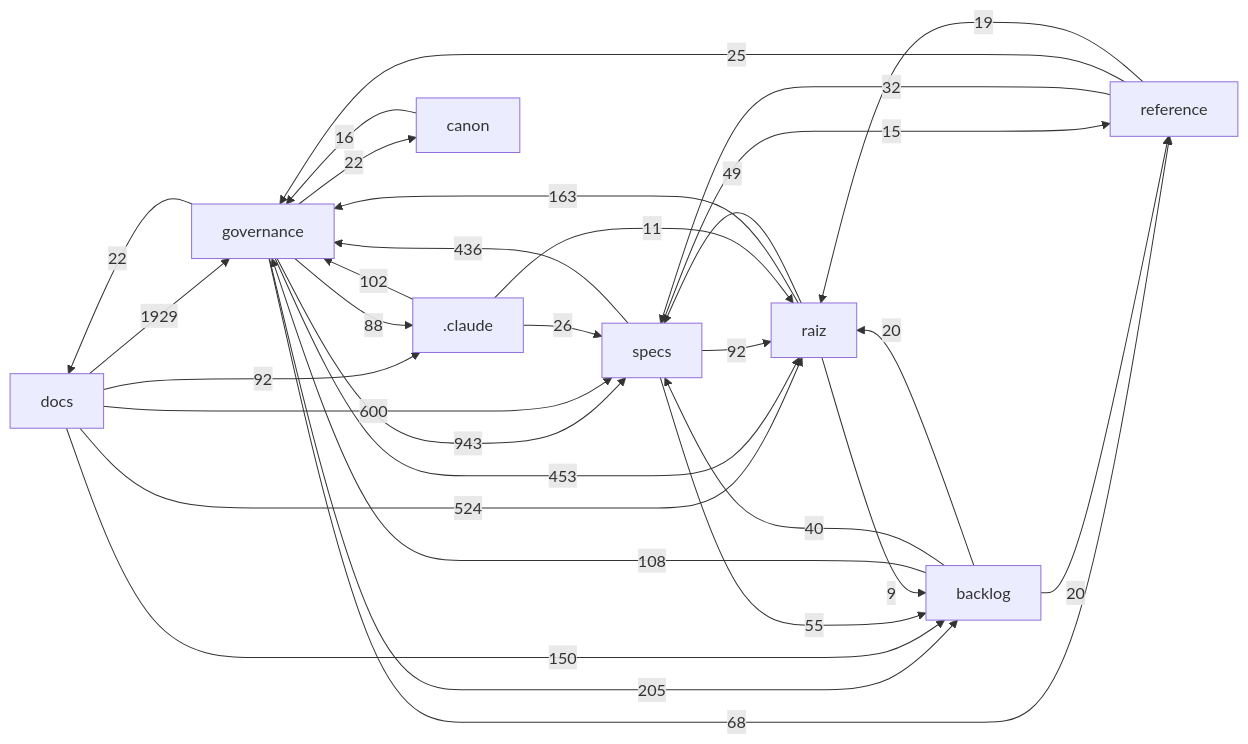
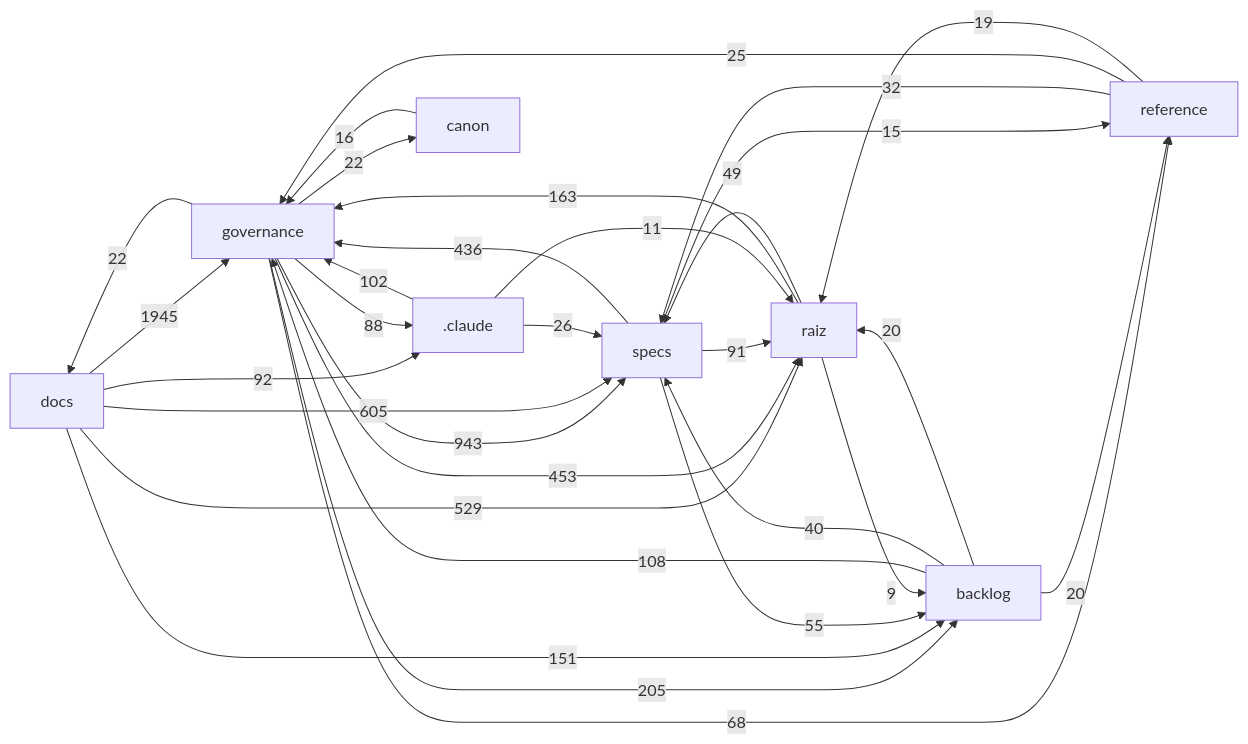
One commit to Andraus35/Sistema-Operacional-de-Trading--SOT changed the diagram in docs/mapa/MAPA-PROJETO.md. Above: the diagram before and after it, drawn with Mermaid. The commit also changed other lines of this file and 7 other files, not shown here.

````diff
--- a/docs/mapa/MAPA-PROJETO.md
+++ b/docs/mapa/MAPA-PROJETO.md
@@ -29,33 +29,33 @@
 ```mermaid
 flowchart LR
-  docs["docs"] -->|1929| governance["governance"]
+  docs["docs"] -->|1945| governance["governance"]
   governance["governance"] -->|943| specs["specs"]
-  docs["docs"] -->|600| specs["specs"]
-  docs["docs"] -->|524| raiz["raiz"]
+  docs["docs"] -->|605| specs["specs"]
+  docs["docs"] -->|529| raiz["raiz"]
   governance["governance"] -->|453| raiz["raiz"]
   specs["specs"] -->|436| governance["governance"]
   governance["governance"] -->|205| backlog["backlog"]
   raiz["raiz"] -->|163| governance["governance"]
-  docs["docs"] -->|150| backlog["backlog"]
+  docs["docs"] -->|151| backlog["backlog"]
   backlog["backlog"] -->|108| governance["governance"]
   _claude[".claude"] -->|102| governance["governance"]
   docs["docs"] -->|92| _claude[".claude"]
-  specs["specs"] -->|92| raiz["raiz"]
+  specs["specs"] -->|91| raiz["raiz"]
   governance["governance"] -->|88| _claude[".claude"]
   governance["governance"] -->|68| reference["reference"]
   specs["specs"] -->|55| backlog["backlog"]
   raiz["raiz"] -->|49| specs["specs"]
   backlog["backlog"] -->|40| specs["specs"]
   reference["reference"] -->|32| specs["specs"]
   _claude[".claude"] -->|26| specs["specs"]
   reference["reference"] -->|25| governance["governance"]
   governance["governance"] -->|22| docs["docs"]
   governance["governance"] -->|22| canon["canon"]
   backlog["backlog"] -->|20| raiz["raiz"]
   backlog["backlog"] -->|20| reference["reference"]
   reference["reference"] -->|19| raiz["raiz"]
   canon["canon"] -->|16| governance["governance"]
   specs["specs"] -->|15| reference["reference"]
   _claude[".claude"] -->|11| raiz["raiz"]
   raiz["raiz"] -->|9| backlog["backlog"]
 ```
````
